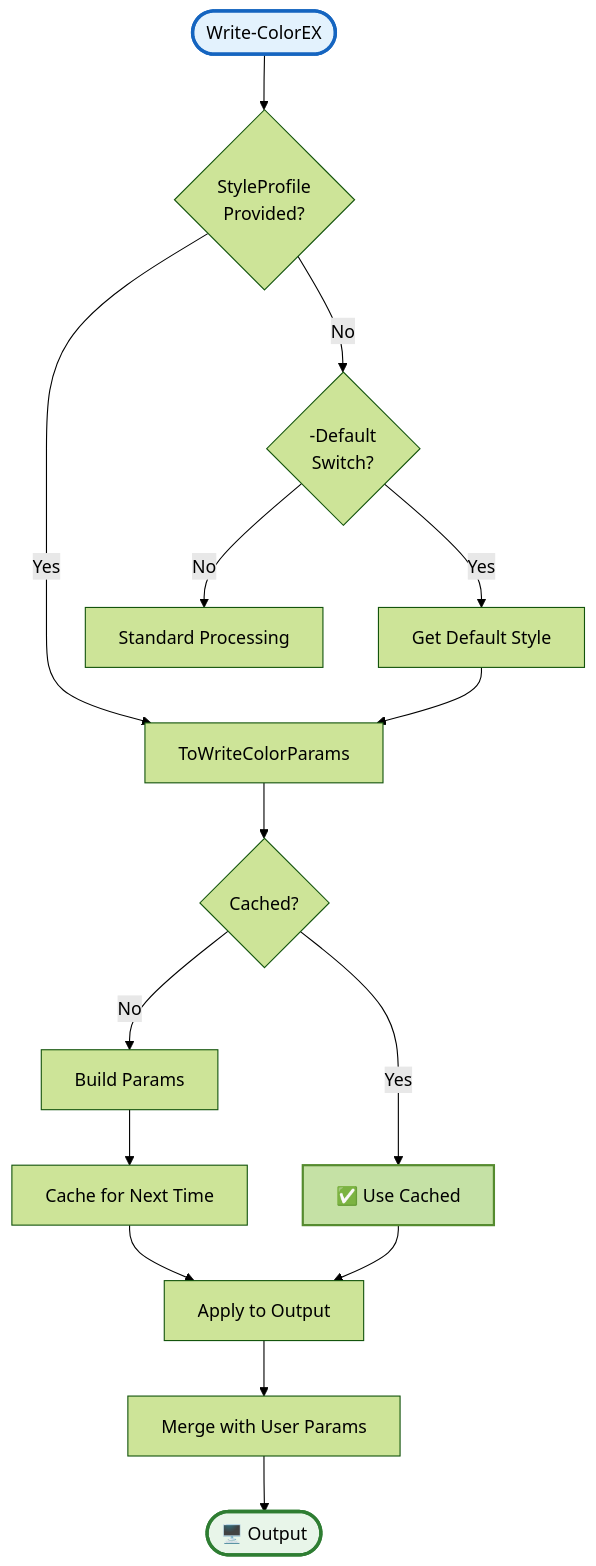
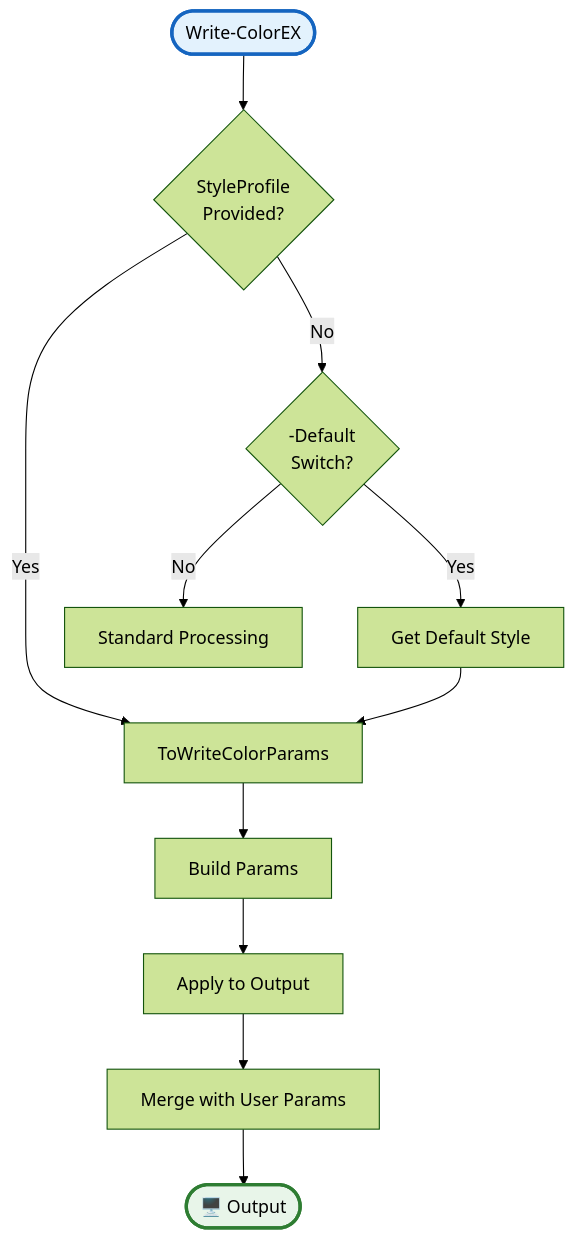
One commit to MarkusMcNugen/PSWriteColorEX changed the tenth of 11 diagrams in README.md. Above: the diagram before and after it, drawn with Mermaid (forest theme). The commit also changed other lines of this file and 26 other files, not shown here.

````diff
--- a/README.md
+++ b/README.md
@@ -522,27 +522,21 @@
 ```mermaid
 graph TD
     Use([Write-ColorEX]) --> CheckStyle{StyleProfile<br/>Provided?}
 
     CheckStyle -->|Yes| GetParams[ToWriteColorParams]
     CheckStyle -->|No| CheckDefault{-Default<br/>Switch?}
 
     CheckDefault -->|Yes| GetDefault[Get Default Style]
     CheckDefault -->|No| NormalFlow[Standard Processing]
 
     GetDefault --> GetParams
 
-    GetParams --> CheckCache{Cached?}
-    CheckCache -->|Yes| UseCached[✅ Use Cached]
-    CheckCache -->|No| Build[Build Params]
-
-    Build --> CacheIt[Cache for Next Time]
-    CacheIt --> Apply[Apply to Output]
-    UseCached --> Apply
+    GetParams --> Build[Build Params]
+    Build --> Apply[Apply to Output]
 
     Apply --> Merge[Merge with User Params]
     Merge --> Output([🖥️ Output])
 
     style Use fill:#e3f2fd,stroke:#1565c0,stroke-width:3px,color:#000
     style Output fill:#e8f5e9,stroke:#2e7d32,stroke-width:3px,color:#000
-    style UseCached fill:#c5e1a5,stroke:#558b2f,stroke-width:2px,color:#000
 ```
````
